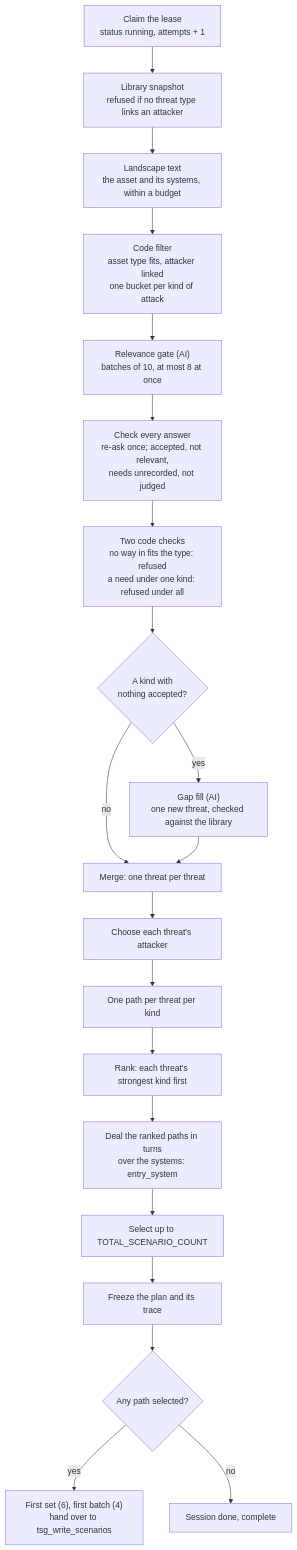
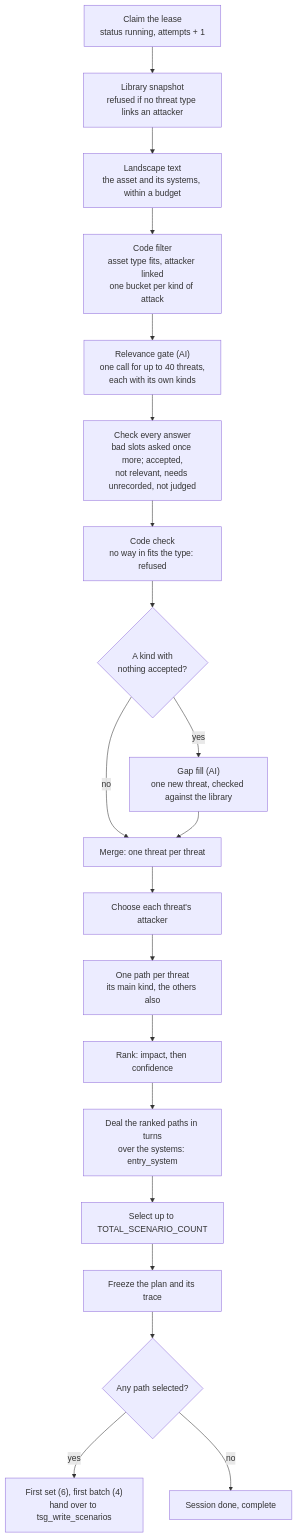
Before and after one commit to gopalchettri/cii: the fifth of 13 diagrams in docs/TSG_END_TO_END_FLOW.md, drawn with Mermaid. The commit also changed other lines of this file and 61 other files, not shown here.

````diff
--- a/docs/TSG_END_TO_END_FLOW.md
+++ b/docs/TSG_END_TO_END_FLOW.md
@@ -1004,22 +1009,22 @@
 ```mermaid
 flowchart TB
     A["Claim the lease<br/>status running, attempts + 1"] --> B["Library snapshot<br/>refused if no threat type links an attacker"]
     B --> C["Landscape text<br/>the asset and its systems, within a budget"]
     C --> D["Code filter<br/>asset type fits, attacker linked<br/>one bucket per kind of attack"]
-    D --> E["Relevance gate (AI)<br/>batches of 10, at most 8 at once"]
-    E --> F["Check every answer<br/>re-ask once; accepted, not relevant,<br/>needs unrecorded, not judged"]
-    F --> G["Two code checks<br/>no way in fits the type: refused<br/>a need under one kind: refused under all"]
+    D --> E["Relevance gate (AI)<br/>one call for up to 40 threats,<br/>each with its own kinds"]
+    E --> F["Check every answer<br/>bad slots asked once more; accepted,<br/>not relevant, needs unrecorded, not judged"]
+    F --> G["Code check<br/>no way in fits the type: refused"]
     G --> H{"A kind with<br/>nothing accepted?"}
     H -- yes --> I["Gap fill (AI)<br/>one new threat, checked against the library"]
     H -- no --> J["Merge: one threat per threat"]
     I --> J
     J --> K["Choose each threat's attacker"]
-    K --> L["One path per threat per kind"]
-    L --> N["Rank: each threat's strongest kind first"]
+    K --> L["One path per threat<br/>its main kind, the others also"]
+    L --> N["Rank: impact, then confidence"]
     N --> O["Deal the ranked paths in turns<br/>over the systems: entry_system"]
     O --> P["Select up to TOTAL_SCENARIO_COUNT"]
     P --> Q["Freeze the plan and its trace"]
     Q --> R{"Any path selected?"}
     R -- yes --> S["First set (6), first batch (4)<br/>hand over to tsg_write_scenarios"]
     R -- no --> T["Session done, complete"]
 ```
````
